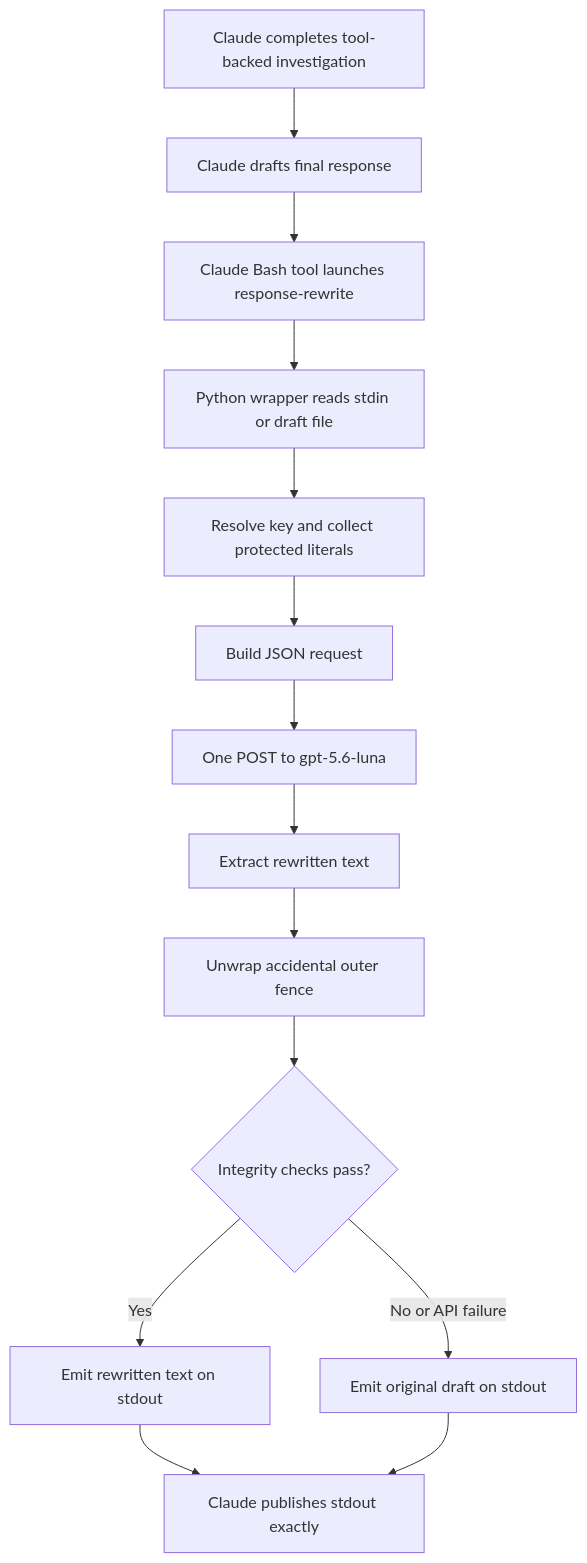
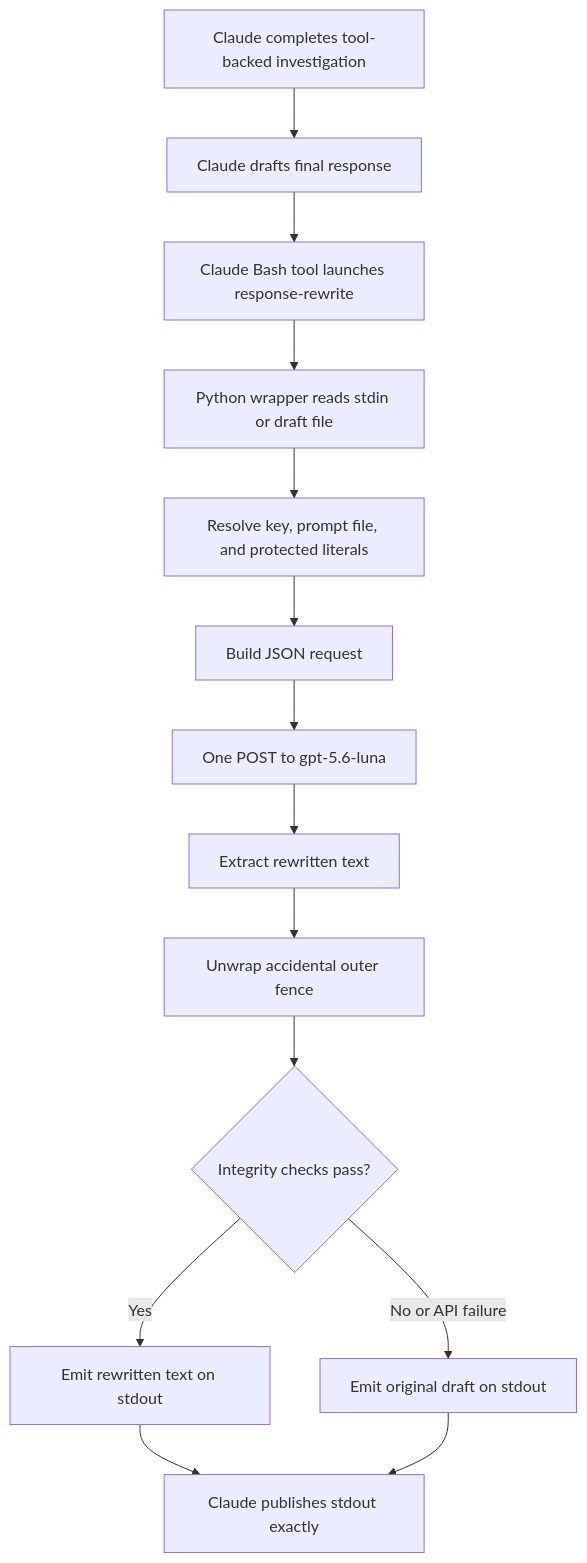
One commit to slashr/claude-response-tuning changed the first of 2 diagrams in claude-response-tuning.md. Above: the diagram before and after it, drawn with Mermaid. The commit also changed other lines of this file and 3 other files, not shown here.

````diff
--- a/claude-response-tuning.md
+++ b/claude-response-tuning.md
@@ -17,16 +17,16 @@
 ```mermaid
 flowchart TD
     A[Claude completes tool-backed investigation] --> B[Claude drafts final response]
     B --> C[Claude Bash tool launches response-rewrite]
     C --> D[Python wrapper reads stdin or draft file]
-    D --> E[Resolve key and collect protected literals]
+    D --> E[Resolve key, prompt file, and protected literals]
     E --> F[Build JSON request]
     F --> G[One POST to gpt-5.6-luna]
     G --> H[Extract rewritten text]
     H --> I[Unwrap accidental outer fence]
     I --> J{Integrity checks pass?}
     J -->|Yes| K[Emit rewritten text on stdout]
     J -->|No or API failure| L[Emit original draft on stdout]
     K --> M[Claude publishes stdout exactly]
     L --> M
 ```
````
